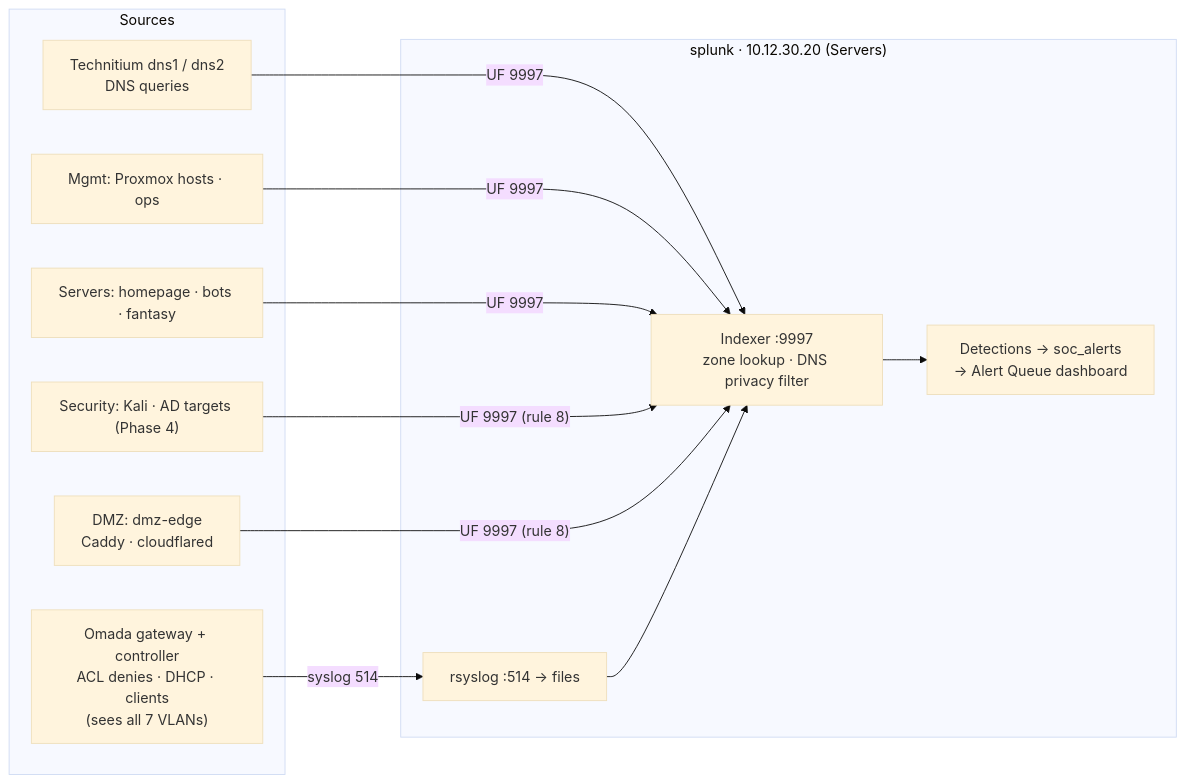
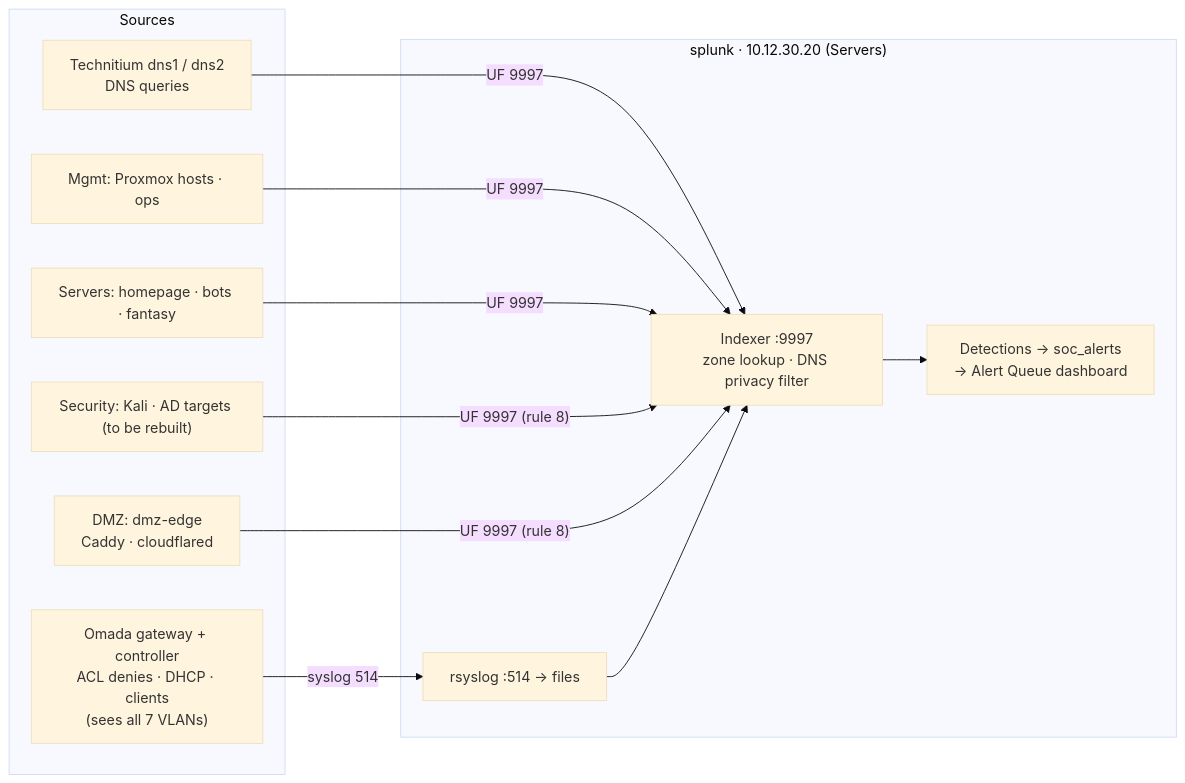
One commit to J-DeMarzo/enterprise-homelab changed the diagram in docs/architecture/siem.md. Above: the diagram before and after it, drawn with Mermaid (base theme). The commit also changed other lines of this file and 18 other files, not shown here.

````diff
--- a/docs/architecture/siem.md
+++ b/docs/architecture/siem.md
@@ -12,23 +12,23 @@
 ```mermaid
 flowchart LR
     subgraph sources["Sources"]
         gw["Omada gateway + controller<br/>ACL denies · DHCP · clients<br/>(sees all 7 VLANs)"]
         dns["Technitium dns1 / dns2<br/>DNS queries"]
         mgmt["Mgmt: Proxmox hosts · ops"]
         srv["Servers: homepage · bots · fantasy"]
-        sec["Security: Kali · AD targets (Phase 4)"]
+        sec["Security: Kali · AD targets (to be rebuilt)"]
         dmz["DMZ: dmz-edge<br/>Caddy · cloudflared"]
     end
     subgraph splunk["splunk · 10.12.30.20 (Servers)"]
         rs["rsyslog :514 → files"]
         idx["Indexer :9997<br/>zone lookup · DNS privacy filter"]
         q["Detections → soc_alerts<br/>→ Alert Queue dashboard"]
     end
     gw -- "syslog 514" --> rs
     dns -- "UF 9997" --> idx
     mgmt -- "UF 9997" --> idx
     srv -- "UF 9997" --> idx
     sec -- "UF 9997 (rule 8)" --> idx
     dmz -- "UF 9997 (rule 8)" --> idx
     rs --> idx --> q
 ```
````
